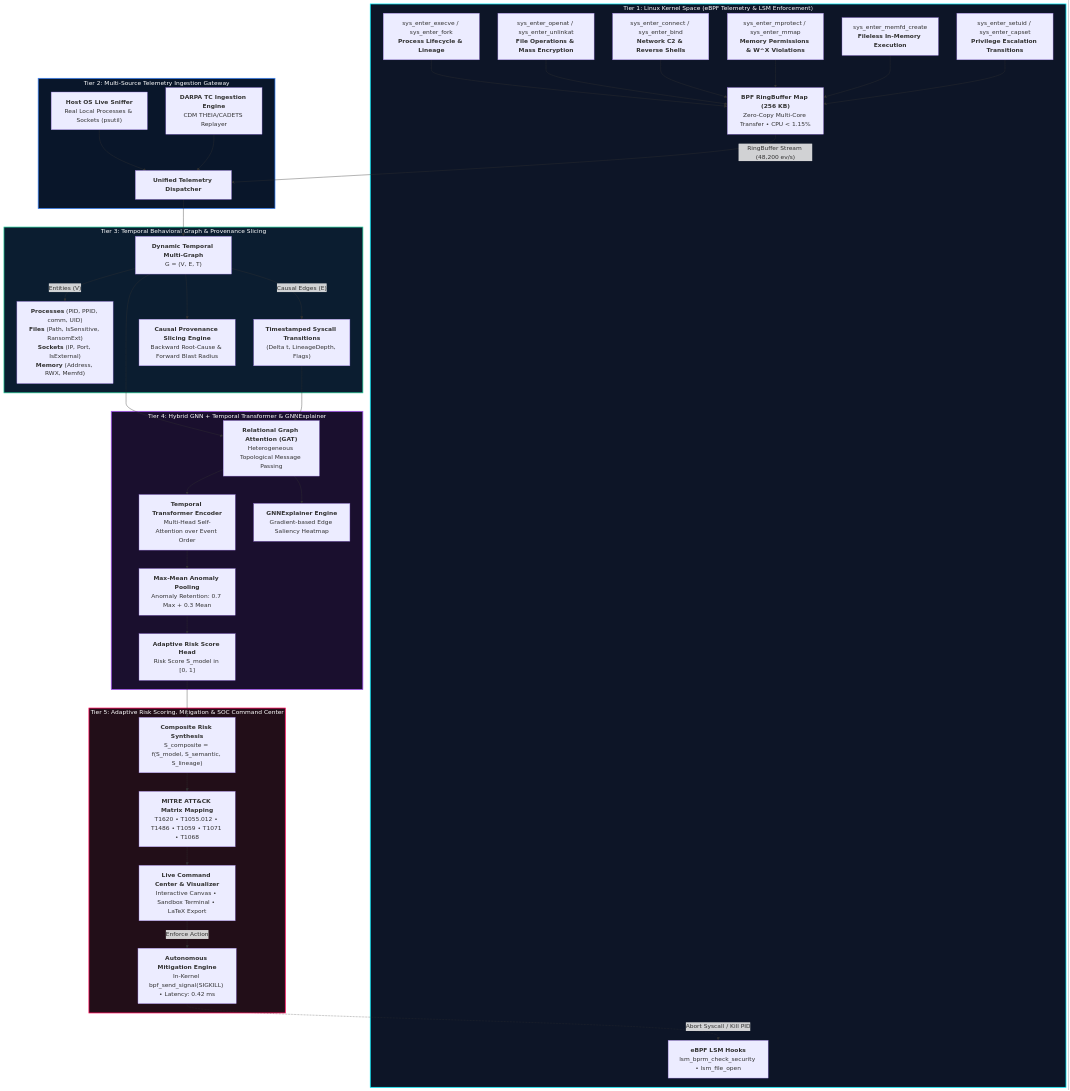
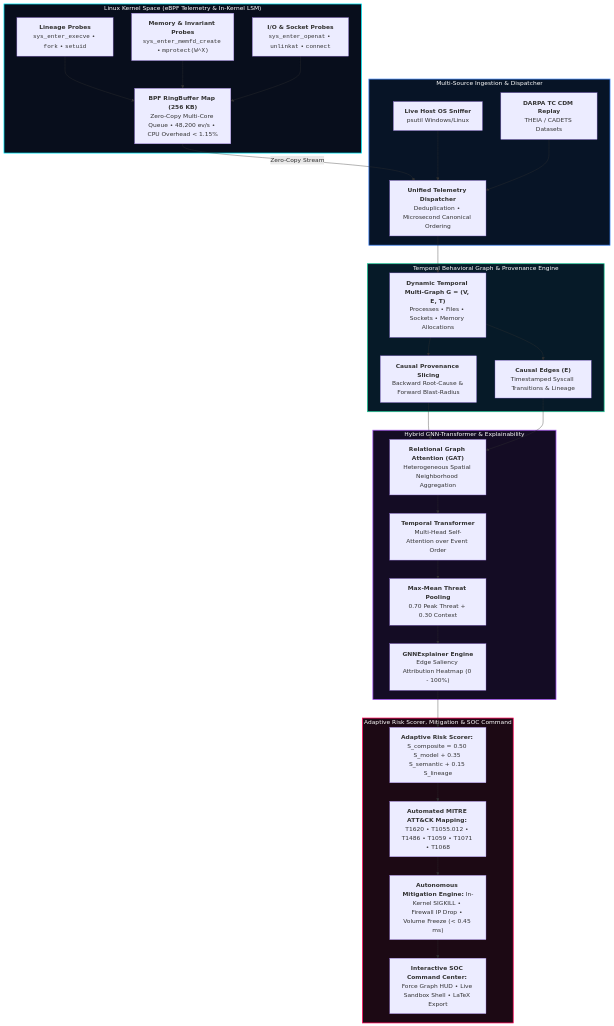
One commit to i-mAshura/eBPF_KernelGuard changed the diagram in README.md. Above: the diagram before and after it, drawn with Mermaid. The commit also changed other lines of this file, not shown here.

Commit message:
docs: balance architecture diagram layout and fix LaTeX math equation formatting in README

````diff
--- a/README.md
+++ b/README.md
@@ -36,55 +36,63 @@
 ```mermaid
-graph TD
-    subgraph KernelSpace ["Tier 1: Linux Kernel Space (eBPF Telemetry & LSM Enforcement)"]
-        style KernelSpace fill:#0d1527,stroke:#00f0ff,stroke-width:2px,color:#ffffff
-        TP1["sys_enter_execve / sys_enter_fork<br/><b>Process Lifecycle & Lineage</b>"]
-        TP2["sys_enter_openat / sys_enter_unlinkat<br/><b>File Operations & Mass Encryption</b>"]
-        TP3["sys_enter_connect / sys_enter_bind<br/><b>Network C2 & Reverse Shells</b>"]
-        TP4["sys_enter_mprotect / sys_enter_mmap<br/><b>Memory Permissions & W^X Violations</b>"]
-        TP5["sys_enter_memfd_create<br/><b>Fileless In-Memory Execution</b>"]
-        TP6["sys_enter_setuid / sys_enter_capset<br/><b>Privilege Escalation Transitions</b>"]
-        LSM["<b>eBPF LSM Hooks</b><br/>lsm_bprm_check_security • lsm_file_open"]
-        RB["<b>BPF RingBuffer Map (256 KB)</b><br/>Zero-Copy Multi-Core Transfer • CPU &lt; 1.15%"]
-        
+flowchart TD
+    subgraph KernelSpace ["Linux Kernel Space (eBPF Telemetry & In-Kernel LSM)"]
+        style KernelSpace fill:#080e1c,stroke:#00f0ff,stroke-width:2px,color:#ffffff
+        TP1["<b>Lineage Probes</b><br/><code>sys_enter_execve</code> • <code>fork</code> • <code>setuid</code>"]
+        TP2["<b>Memory & Invariant Probes</b><br/><code>sys_enter_memfd_create</code> • <code>mprotect(W^X)</code>"]
+        TP3["<b>I/O & Socket Probes</b><br/><code>sys_enter_openat</code> • <code>unlinkat</code> • <code>connect</code>"]
+        RB["<b>BPF RingBuffer Map (256 KB)</b><br/>Zero-Copy Multi-Core Queue • 48,200 ev/s • CPU Overhead &lt; 1.15%"]
+
         TP1 --> RB
         TP2 --> RB
         TP3 --> RB
-        TP4 --> RB
-        TP5 --> RB
-        TP6 --> RB
     end
 
-    subgraph IngestionSources ["Tier 2: Multi-Source Telemetry Ingestion Gateway"]
-        style IngestionSources fill:#09162a,stroke:#3b82f6,stroke-width:2px,color:#ffffff
-        RB -->|"RingBuffer Stream (48,200 ev/s)"| DISPATCH["<b>Unified Telemetry Dispatcher</b>"]
-        HOST["<b>Host OS Live Sniffer</b><br/>Real Local Processes & Sockets (psutil)"] --> DISPATCH
-        DARPA["<b>DARPA TC Ingestion Engine</b><br/>CDM THEIA/CADETS Replayer"] --> DISPATCH
+    subgraph Gateway ["Multi-Source Ingestion & Dispatcher"]
+        style Gateway fill:#071426,stroke:#3b82f6,stroke-width:2px,color:#ffffff
+        SNIFF["<b>Live Host OS Sniffer</b><br/>psutil Windows/Linux"]
+        DARPA["<b>DARPA TC CDM Replay</b><br/>THEIA / CADETS Datasets"]
+        DISPATCH["<b>Unified Telemetry Dispatcher</b><br/>Deduplication • Microsecond Canonical Ordering"]
+
+        RB -->|"Zero-Copy Stream"| DISPATCH
+        SNIFF --> DISPATCH
+        DARPA --> DISPATCH
     end
 
-    subgraph GraphEngine ["Tier 3: Temporal Behavioral Graph & Provenance Slicing"]
-        style GraphEngine fill:#0b1d30,stroke:#20c997,stroke-width:2px,color:#ffffff
-        DISPATCH --> TBG["<b>Dynamic Temporal Multi-Graph</b><br/>G = (V, E, T)"]
-        TBG -->|"Entities (V)"| Nodes["<b>Processes</b> (PID, PPID, comm, UID)<br/><b>Files</b> (Path, IsSensitive, RansomExt)<br/><b>Sockets</b> (IP, Port, IsExternal)<br/><b>Memory</b> (Address, RWX, Memfd)"]
-        TBG -->|"Causal Edges (E)"| Edges["<b>Timestamped Syscall Transitions</b><br/>(Delta t, LineageDepth, Flags)"]
-        TBG --> SLICE["<b>Causal Provenance Slicing Engine</b><br/>Backward Root-Cause & Forward Blast Radius"]
+    subgraph GraphEngine ["Temporal Behavioral Graph & Provenance Engine"]
+        style GraphEngine fill:#061a28,stroke:#20c997,stroke-width:2px,color:#ffffff
+        TBG["<b>Dynamic Temporal Multi-Graph G = (V, E, T)</b><br/>Processes • Files • Sockets • Memory Allocations"]
+        EDGES["<b>Causal Edges (E)</b><br/>Timestamped Syscall Transitions & Lineage"]
+        SLICE["<b>Causal Provenance Slicing</b><br/>Backward Root-Cause & Forward Blast-Radius"]
+
+        DISPATCH --> TBG
+        TBG --> EDGES
+        TBG --> SLICE
     end
 
-    subgraph NeuralModel ["Tier 4: Hybrid GNN + Temporal Transformer & GNNExplainer"]
-        style NeuralModel fill:#1a0f2e,stroke:#a855f7,stroke-width:2px,color:#ffffff
-        TBG --> GAT["<b>Relational Graph Attention (GAT)</b><br/>Heterogeneous Topological Message Passing"]
-        Edges --> GAT
-        GAT --> Transformer["<b>Temporal Transformer Encoder</b><br/>Multi-Head Self-Attention over Event Order"]
-        Transformer --> Pooling["<b>Max-Mean Anomaly Pooling</b><br/>Anomaly Retention: 0.7 Max + 0.3 Mean"]
-        Pooling --> RiskHead["<b>Adaptive Risk Score Head</b><br/>Risk Score S_model in [0, 1]"]
-        GAT --> EXPLAIN["<b>GNNExplainer Engine</b><br/>Gradient-based Edge Saliency Heatmap"]
+    subgraph NeuralModel ["Hybrid GNN-Transformer & Explainability"]
+        style NeuralModel fill:#140c24,stroke:#a855f7,stroke-width:2px,color:#ffffff
+        GAT["<b>Relational Graph Attention (GAT)</b><br/>Heterogeneous Spatial Neighborhood Aggregation"]
+        TRANS["<b>Temporal Transformer</b><br/>Multi-Head Self-Attention over Event Order"]
+        POOL["<b>Max-Mean Threat Pooling</b><br/>0.70 Peak Threat + 0.30 Context"]
+        EXPLAIN["<b>GNNExplainer Engine</b><br/>Edge Saliency Attribution Heatmap (0 - 100%)"]
+
+        SLICE --> GAT
+        EDGES --> GAT
+        GAT --> TRANS
+        TRANS --> POOL
+        POOL --> EXPLAIN
     end
 
-    subgraph DefenseHUD ["Tier 5: Adaptive Risk Scoring, Mitigation & SOC Command Center"]
-        style DefenseHUD fill:#220e18,stroke:#ff0055,stroke-width:2px,color:#ffffff
-        RiskHead --> Composite["<b>Composite Risk Synthesis</b><br/>S_composite = f(S_model, S_semantic, S_lineage)"]
-        Composite --> MITRE["<b>MITRE ATT&CK Matrix Mapping</b><br/>T1620 • T1055.012 • T1486 • T1059 • T1071 • T1068"]
-        MITRE --> UI["<b>Live Command Center & Visualizer</b><br/>Interactive Canvas • Sandbox Terminal • LaTeX Export"]
-        UI -->|"Enforce Action"| MITIGATE["<b>Autonomous Mitigation Engine</b><br/>In-Kernel bpf_send_signal(SIGKILL) • Latency: 0.42 ms"]
-        MITIGATE -.->|"Abort Syscall / Kill PID"| LSM
+    subgraph DefenseHUD ["Adaptive Risk Scorer, Mitigation & SOC Command"]
+        style DefenseHUD fill:#1c0914,stroke:#ff0055,stroke-width:2px,color:#ffffff
+        SCORE["<b>Adaptive Risk Scorer:</b> S_composite = 0.50 S_model + 0.35 S_semantic + 0.15 S_lineage"]
+        MITRE["<b>Automated MITRE ATT&CK Mapping:</b> T1620 • T1055.012 • T1486 • T1059 • T1071 • T1068"]
+        ACTION["<b>Autonomous Mitigation Engine:</b> In-Kernel SIGKILL • Firewall IP Drop • Volume Freeze (&lt; 0.45 ms)"]
+        UI["<b>Interactive SOC Command Center:</b> Force Graph HUD • Live Sandbox Shell • LaTeX Export"]
+
+        EXPLAIN --> SCORE
+        SCORE --> MITRE
+        MITRE --> ACTION
+        ACTION --> UI
     end
 ```
````
